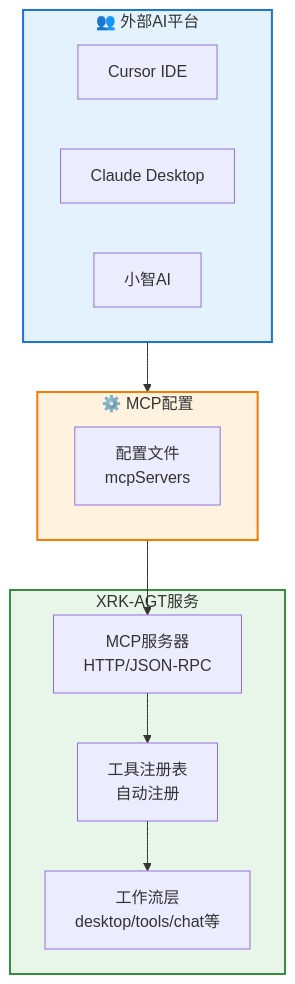
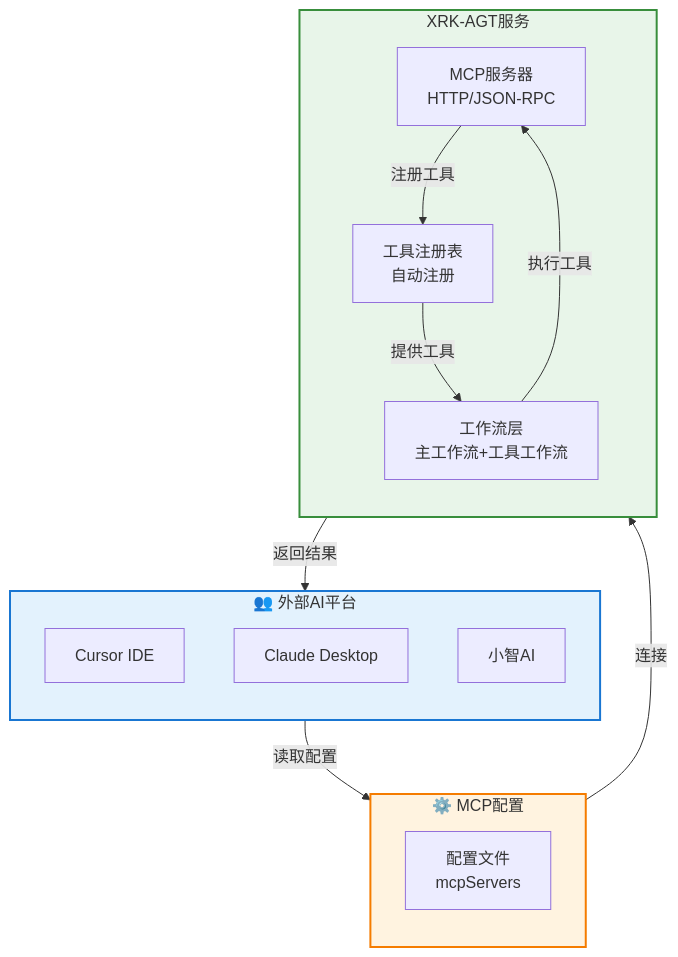
Before and after one commit to sunflowermm/XRK-AGT: the diagram in docs/mcp-config-guide.md, drawn with Mermaid. The commit also changed other lines of this file and 36 other files, not shown here.

````diff
--- a/docs/mcp-config-guide.md
+++ b/docs/mcp-config-guide.md
@@ -35,27 +38,32 @@
 ```mermaid
 flowchart TB
     subgraph External["👥 外部AI平台"]
+        direction TB
         Cursor["Cursor IDE"]
         Claude["Claude Desktop"]
         XiaoZhi["小智AI"]
     end
 
     subgraph Config["⚙️ MCP配置"]
+        direction TB
         ConfigFile["配置文件<br/>mcpServers"]
     end
 
     subgraph XRK["XRK-AGT服务"]
+        direction TB
         MCPServer["MCP服务器<br/>HTTP/JSON-RPC"]
-        Streams["工作流层<br/>desktop/tools/chat等"]
+        Streams["工作流层<br/>主工作流+工具工作流"]
         Tools["工具注册表<br/>自动注册"]
     end
 
-    External --> Config
-    Config --> MCPServer
-    MCPServer --> Tools
-    Tools --> Streams
+    External -->|读取配置| Config
+    Config -->|连接| MCPServer
+    MCPServer -->|注册工具| Tools
+    Tools -->|提供工具| Streams
+    Streams -->|执行工具| MCPServer
+    MCPServer -->|返回结果| External
 
     style External fill:#E3F2FD,stroke:#1976D2,stroke-width:2px
     style Config fill:#FFF3E0,stroke:#F57C00,stroke-width:2px
     style XRK fill:#E8F5E9,stroke:#388E3C,stroke-width:2px
 ```
````
